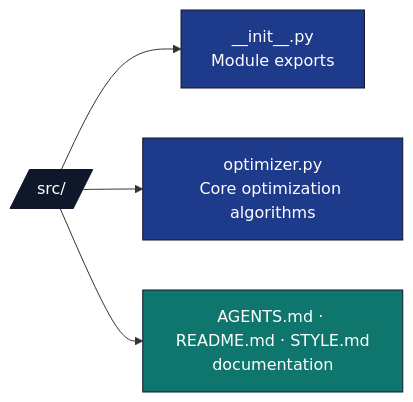
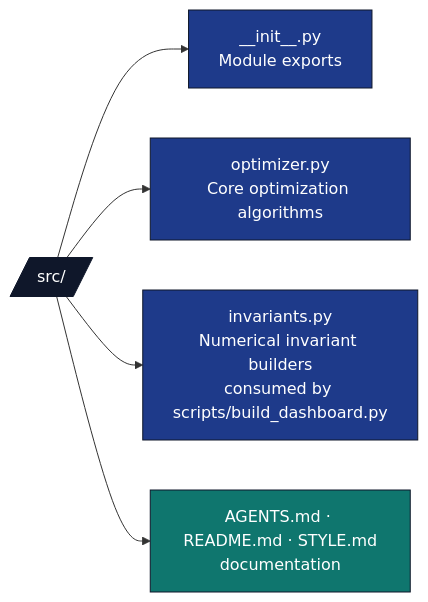
The diagram in projects/template_code_project/src/AGENTS.md (docxology/template), drawn with Mermaid before and after one commit. The commit also changed 164 other files, not shown here.

````diff
--- a/projects/template_code_project/src/AGENTS.md
+++ b/projects/template_code_project/src/AGENTS.md
@@ -18,14 +18,15 @@
 ```mermaid
 flowchart LR
     SRC[/src//]
     SRC --> INIT[__init__.py<br/>Module exports]
     SRC --> OPT[optimizer.py<br/>Core optimization algorithms]
+    SRC --> INV[invariants.py<br/>Numerical invariant builders<br/>consumed by scripts/build_dashboard.py]
     SRC --> AG[AGENTS.md · README.md · STYLE.md<br/>documentation]
 
     classDef d fill:#0f172a,stroke:#0f172a,color:#fff
     classDef code fill:#1e3a8a,stroke:#0f172a,color:#fff
     classDef doc fill:#0f766e,stroke:#0f172a,color:#fff
     class SRC d
-    class INIT,OPT code
+    class INIT,OPT,INV code
     class AG doc
 ```
````
